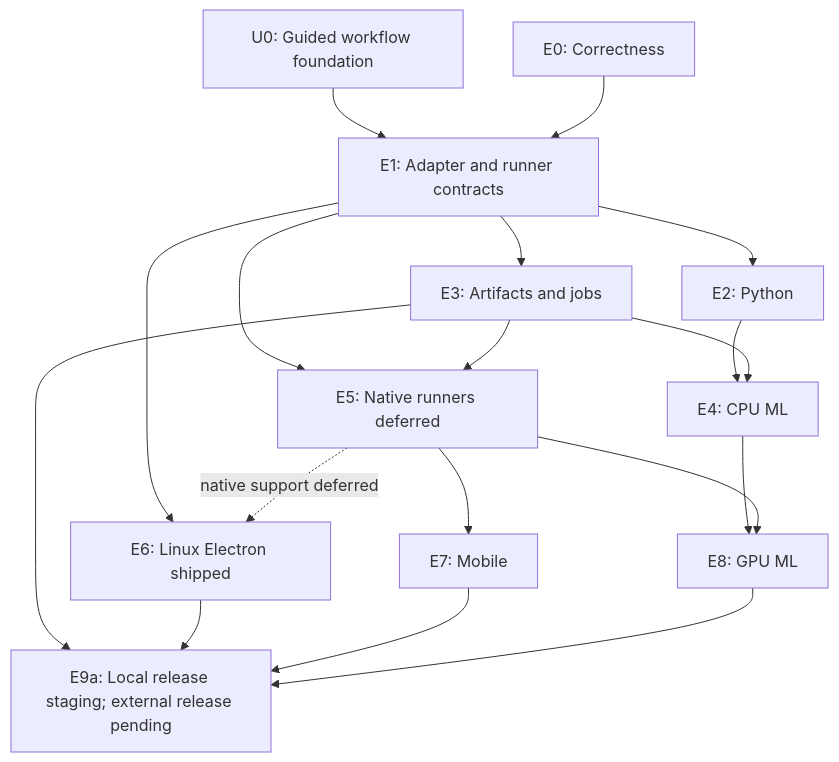
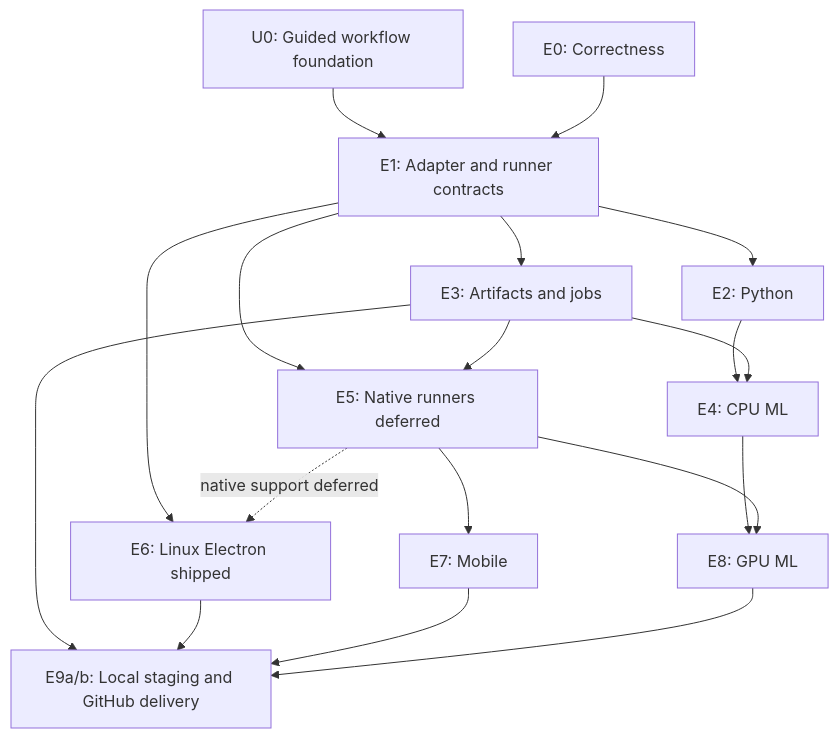
One commit to BleOdel/agent-harness changed the diagram in NEXT.md. Above: the diagram before and after it, drawn with Mermaid. The commit also changed other lines of this file and 29 other files, not shown here.

Commit message:
Add isolated browser checks and reviewed GitHub release delivery

````diff
--- a/NEXT.md
+++ b/NEXT.md
@@ -147,20 +148,20 @@
 ```mermaid
 flowchart TD
   U0["U0: Guided workflow foundation"] --> E1["E1: Adapter and runner contracts"]
   E0["E0: Correctness"] --> E1
   E1 --> E2["E2: Python"]
   E1 --> E3["E3: Artifacts and jobs"]
   E2 --> E4["E4: CPU ML"]
   E3 --> E4
   E1 --> E5["E5: Native runners deferred"]
   E3 --> E5
   E1 --> E6["E6: Linux Electron shipped"]
   E5 -.->|native support deferred| E6
   E5 --> E7["E7: Mobile"]
   E4 --> E8["E8: GPU ML"]
   E5 --> E8
-  E3 --> E9["E9a: Local release staging; external release pending"]
+  E3 --> E9["E9a/b: Local staging and GitHub delivery"]
   E6 --> E9
   E7 --> E9
   E8 --> E9
 ```
````
